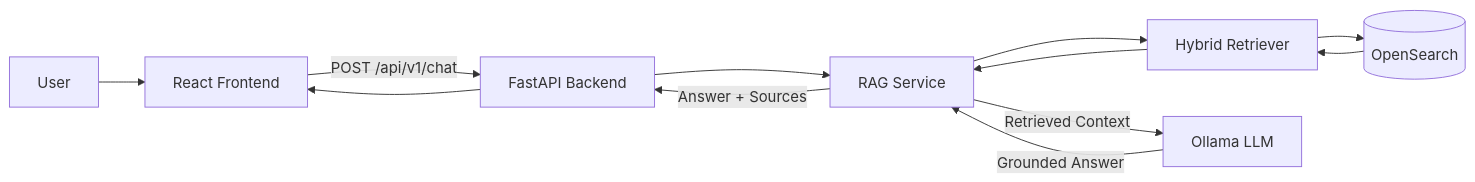
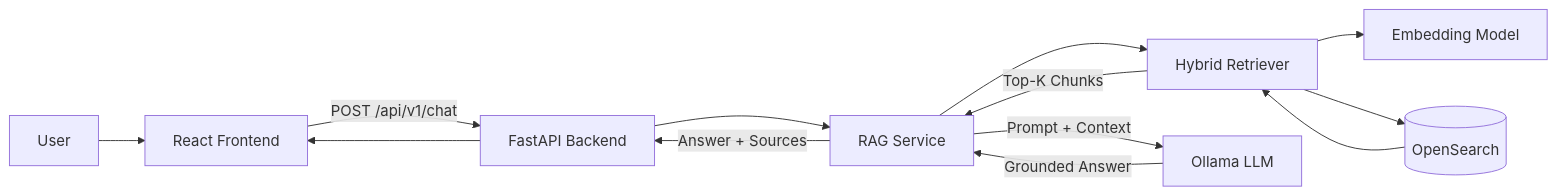
Before and after one commit to Yzeeyd/Enterprise-AI-Support-Engineer-Copilot: the first of 5 diagrams in README.md, drawn with Mermaid. The commit also changed other lines of this file, not shown here.

````diff
--- a/README.md
+++ b/README.md
@@ -33,23 +40,31 @@
 ```mermaid
 flowchart LR
 
     User[User]
     Frontend[React Frontend]
     API[FastAPI Backend]
     RAG[RAG Service]
     Retriever[Hybrid Retriever]
     OpenSearch[(OpenSearch)]
+    Embedding[Embedding Model]
     LLM[Ollama LLM]
 
     User --> Frontend
     Frontend -->|POST /api/v1/chat| API
     API --> RAG
+
     RAG --> Retriever
+
+    Retriever --> Embedding
     Retriever --> OpenSearch
+
     OpenSearch --> Retriever
-    Retriever --> RAG
-    RAG -->|Retrieved Context| LLM
+
+    Retriever -->|Top-K Chunks| RAG
+
+    RAG -->|Prompt + Context| LLM
     LLM -->|Grounded Answer| RAG
+
     RAG -->|Answer + Sources| API
     API --> Frontend
 ```
````
